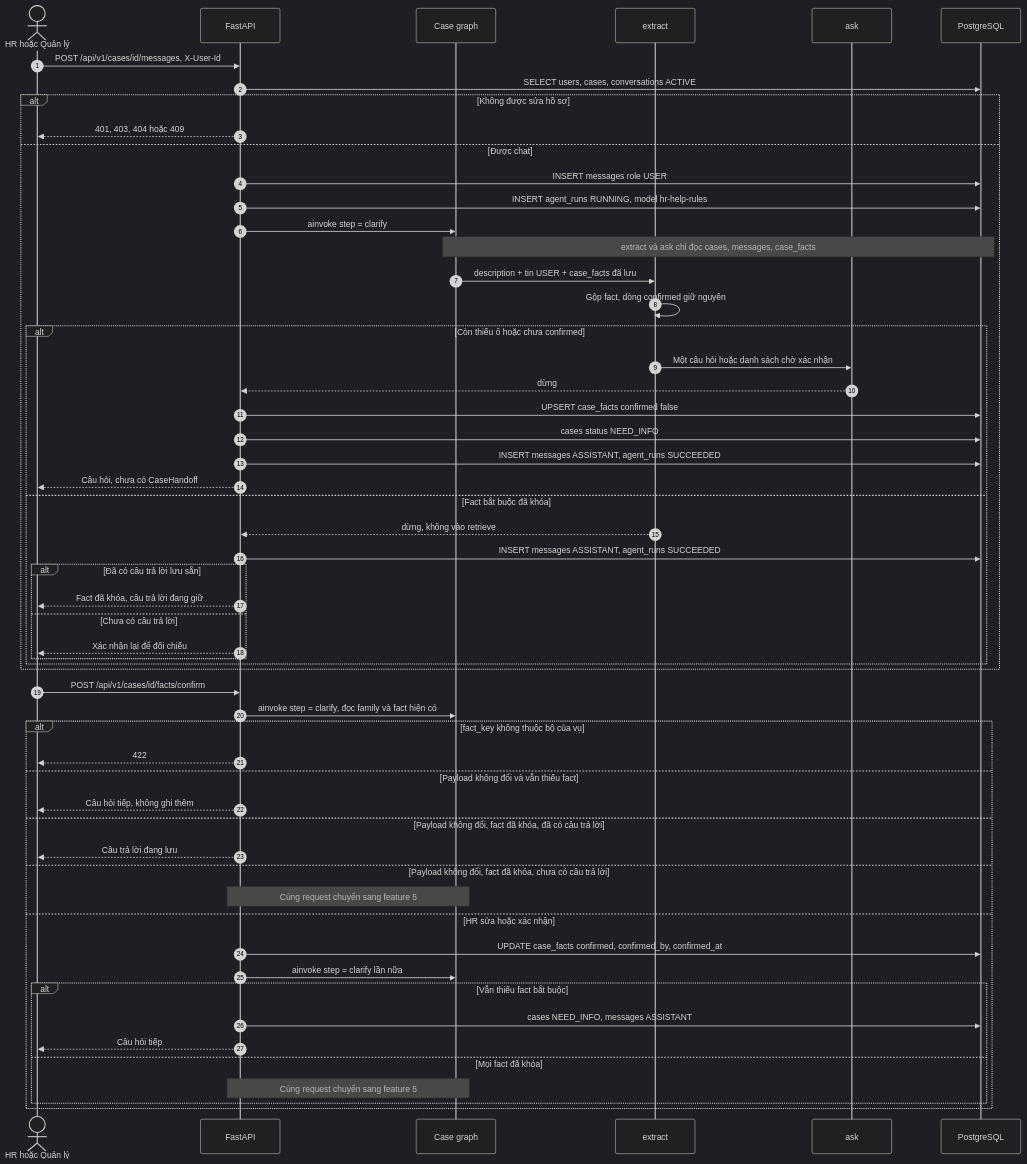
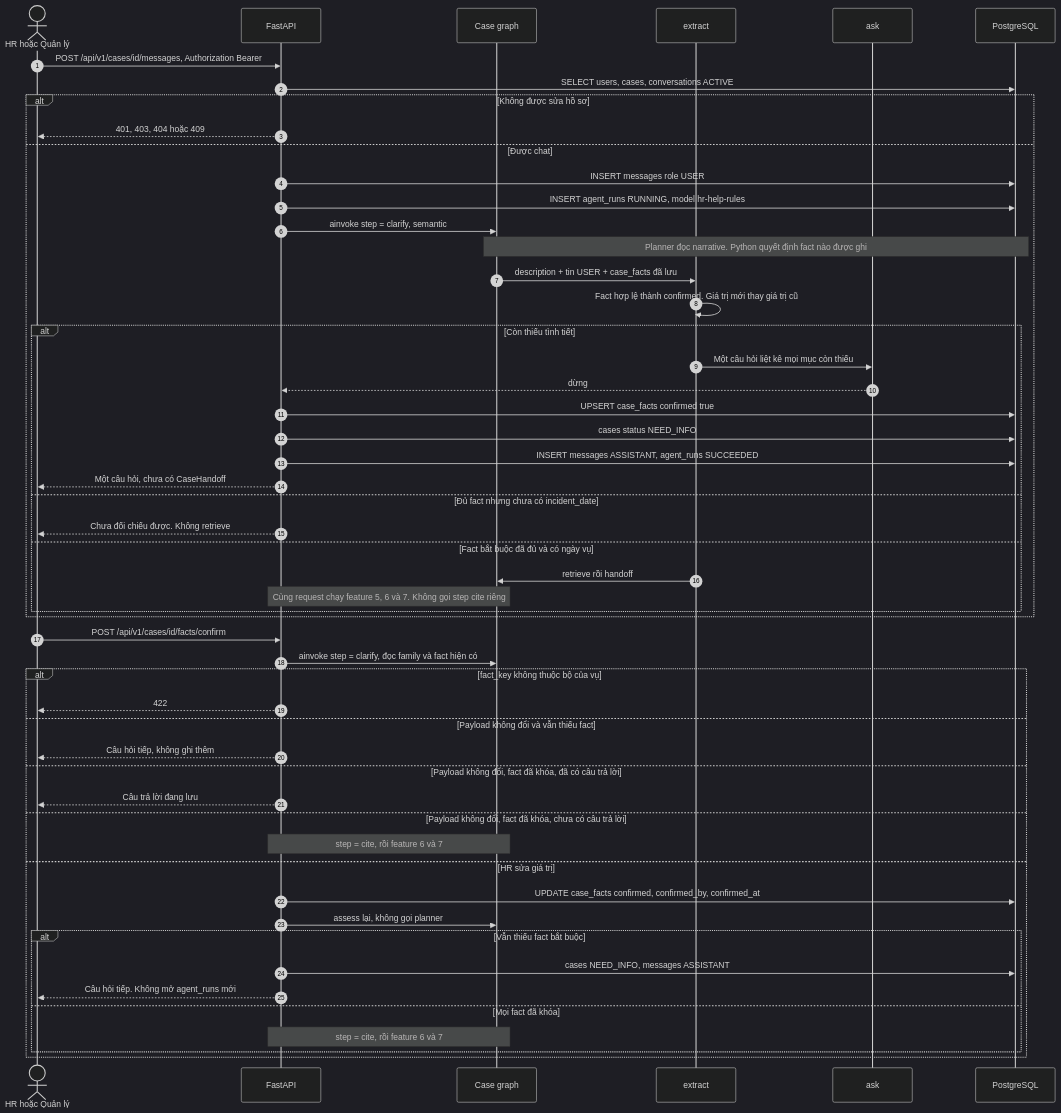
The fourth of 15 diagrams in docs/features/features.md (Tuan-Nguyen-Minhh/HRHelp), drawn with Mermaid (dark theme) before and after one commit. The commit also changed other lines of this file and 210 other files, not shown here.

Commit message:
feat(schema): Add new models for message handling and recidivism tracking

````diff
--- a/docs/features/features.md
+++ b/docs/features/features.md
@@ -236,60 +234,57 @@
 ```mermaid
 sequenceDiagram
     autonumber
     actor HR as HR hoặc Quản lý
     participant API as FastAPI
     participant CG as Case graph
     participant EX as extract
     participant ASK as ask
     participant DB as PostgreSQL
 
-    HR->>API: POST /api/v1/cases/id/messages, X-User-Id
+    HR->>API: POST /api/v1/cases/id/messages, Authorization Bearer
     API->>DB: SELECT users, cases, conversations ACTIVE
     alt Không được sửa hồ sơ
         API-->>HR: 401, 403, 404 hoặc 409
     else Được chat
         API->>DB: INSERT messages role USER
         API->>DB: INSERT agent_runs RUNNING, model hr-help-rules
-        API->>CG: ainvoke step = clarify
-        Note over CG,DB: extract và ask chỉ đọc cases, messages, case_facts
+        API->>CG: ainvoke step = clarify, semantic
+        Note over CG,DB: Planner đọc narrative. Python quyết định fact nào được ghi
         CG->>EX: description + tin USER + case_facts đã lưu
-        EX->>EX: Gộp fact, dòng confirmed giữ nguyên
-        alt Còn thiếu ô hoặc chưa confirmed
-            EX->>ASK: Một câu hỏi hoặc danh sách chờ xác nhận
+        EX->>EX: Fact hợp lệ thành confirmed. Giá trị mới thay giá trị cũ
+        alt Còn thiếu tình tiết
+            EX->>ASK: Một câu hỏi liệt kê mọi mục còn thiếu
             ASK-->>API: dừng
-            API->>DB: UPSERT case_facts confirmed false
+            API->>DB: UPSERT case_facts confirmed true
             API->>DB: cases status NEED_INFO
             API->>DB: INSERT messages ASSISTANT, agent_runs SUCCEEDED
-            API-->>HR: Câu hỏi, chưa có CaseHandoff
-        else Fact bắt buộc đã khóa
-            EX-->>API: dừng, không vào retrieve
-            API->>DB: INSERT messages ASSISTANT, agent_runs SUCCEEDED
-            alt Đã có câu trả lời lưu sẵn
-                API-->>HR: Fact đã khóa, câu trả lời đang giữ
-            else Chưa có câu trả lời
-                API-->>HR: Xác nhận lại để đối chiếu
-            end
+            API-->>HR: Một câu hỏi, chưa có CaseHandoff
+        else Đủ fact nhưng chưa có incident_date
+            API-->>HR: Chưa đối chiếu được. Không retrieve
+        else Fact bắt buộc đã đủ và có ngày vụ
+            EX->>CG: retrieve rồi handoff
+            Note over API,CG: Cùng request chạy feature 5, 6 và 7. Không gọi step cite riêng
         end
     end
 
     HR->>API: POST /api/v1/cases/id/facts/confirm
     API->>CG: ainvoke step = clarify, đọc family và fact hiện có
     alt fact_key không thuộc bộ của vụ
         API-->>HR: 422
     else Payload không đổi và vẫn thiếu fact
         API-->>HR: Câu hỏi tiếp, không ghi thêm
     else Payload không đổi, fact đã khóa, đã có câu trả lời
         API-->>HR: Câu trả lời đang lưu
     else Payload không đổi, fact đã khóa, chưa có câu trả lời
-        Note over API,CG: Cùng request chuyển sang feature 5
-    else HR sửa hoặc xác nhận
+        Note over API,CG: step = cite, rồi feature 6 và 7
+    else HR sửa giá trị
         API->>DB: UPDATE case_facts confirmed, confirmed_by, confirmed_at
-        API->>CG: ainvoke step = clarify lần nữa
+        API->>CG: assess lại, không gọi planner
         alt Vẫn thiếu fact bắt buộc
             API->>DB: cases NEED_INFO, messages ASSISTANT
-            API-->>HR: Câu hỏi tiếp
+            API-->>HR: Câu hỏi tiếp. Không mở agent_runs mới
         else Mọi fact đã khóa
-            Note over API,CG: Cùng request chuyển sang feature 5
+            Note over API,CG: step = cite, rồi feature 6 và 7
         end
     end
 ```
````
